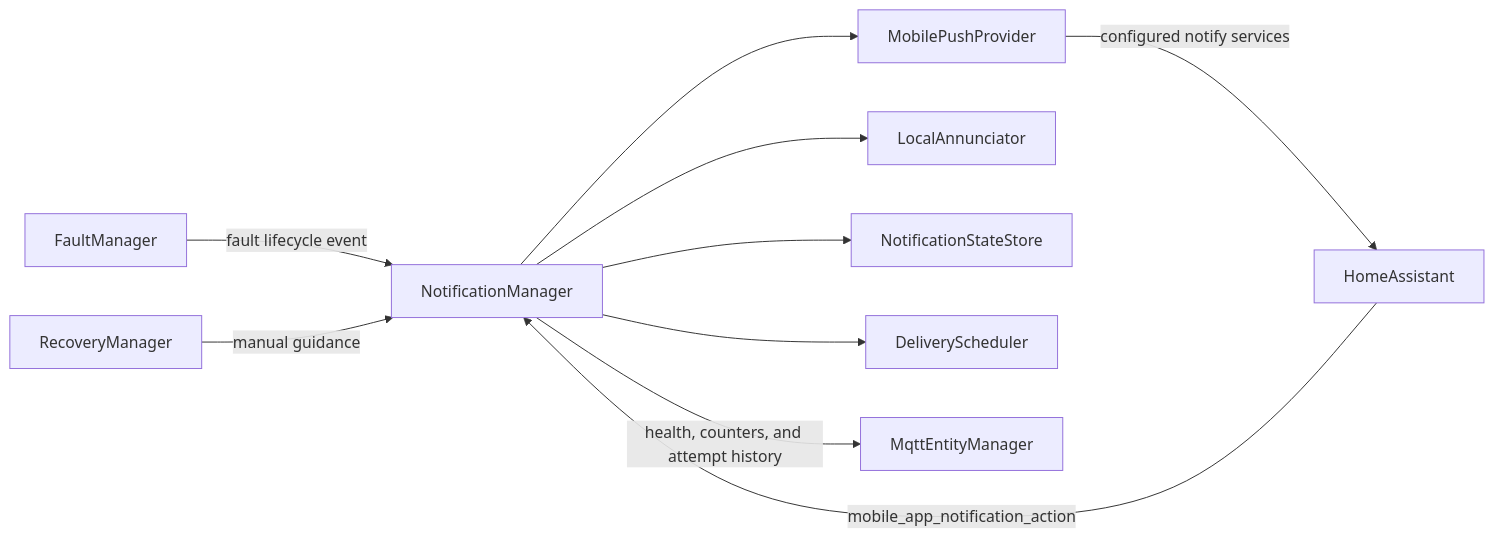
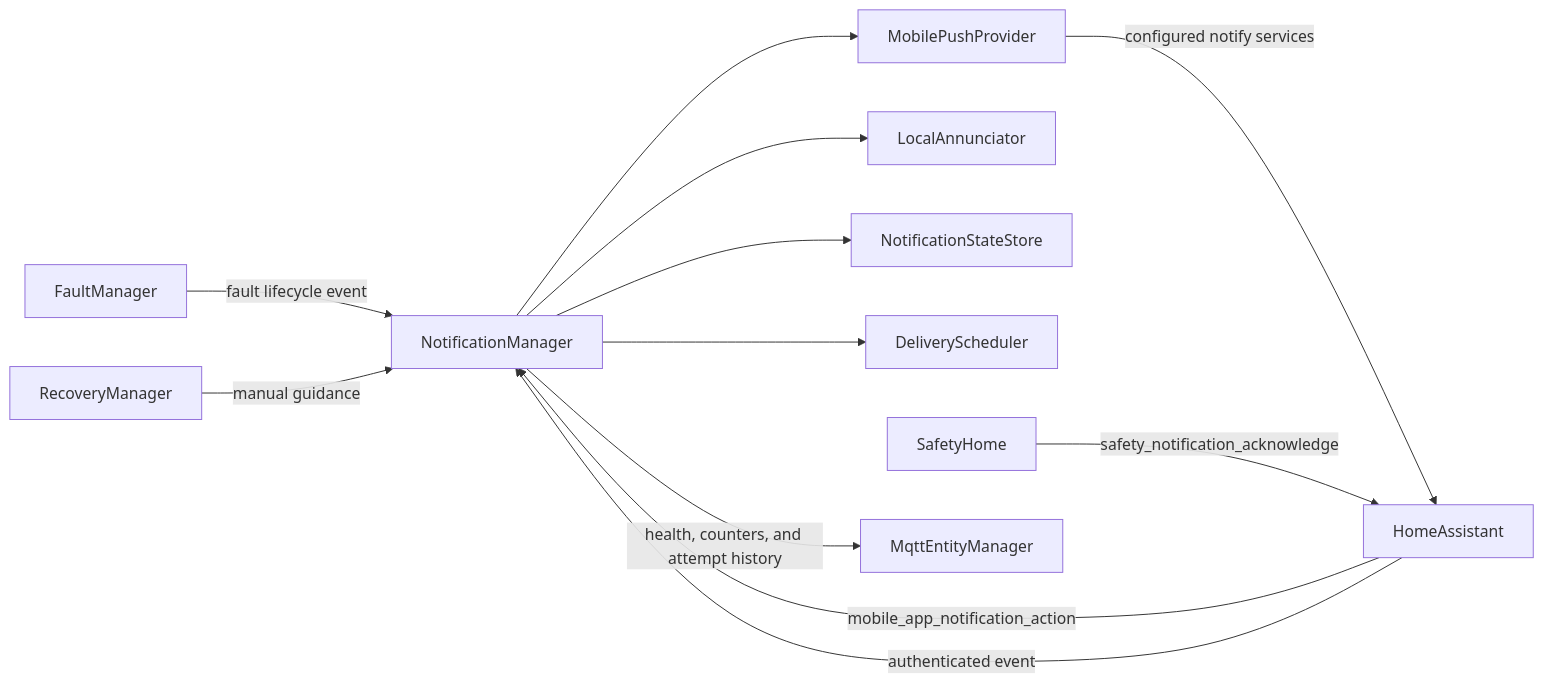
One commit to Arkaqius/SafetyComponent changed the diagram in docs/features/Mobile Notification Delivery - Architecture.md. Above: the diagram before and after it, drawn with Mermaid. The commit also changed other lines of this file and 29 other files, not shown here.

````diff
--- a/docs/features/Mobile Notification Delivery - Architecture.md
+++ b/docs/features/Mobile Notification Delivery - Architecture.md
@@ -19,12 +19,14 @@
 ```mermaid
 flowchart LR
     FaultManager -->|fault lifecycle event| NotificationManager
     RecoveryManager -->|manual guidance| NotificationManager
     NotificationManager --> MobilePushProvider
     NotificationManager --> LocalAnnunciator
     NotificationManager --> NotificationStateStore
     NotificationManager --> DeliveryScheduler
     MobilePushProvider -->|configured notify services| HomeAssistant
     HomeAssistant -->|mobile_app_notification_action| NotificationManager
+    SafetyHome -->|safety_notification_acknowledge| HomeAssistant
+    HomeAssistant -->|authenticated event| NotificationManager
     NotificationManager -->|health, counters, and attempt history| MqttEntityManager
 ```
````
